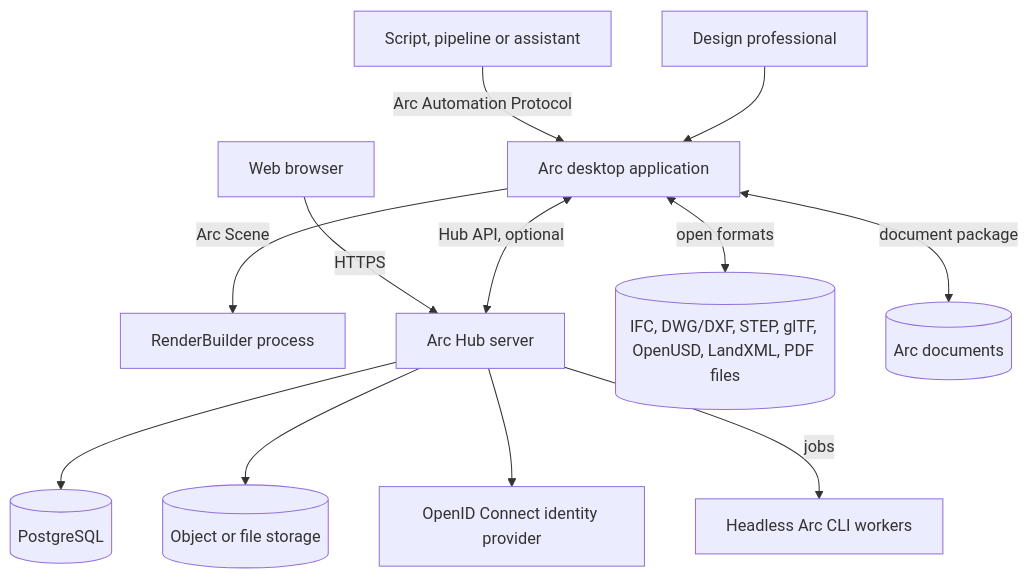
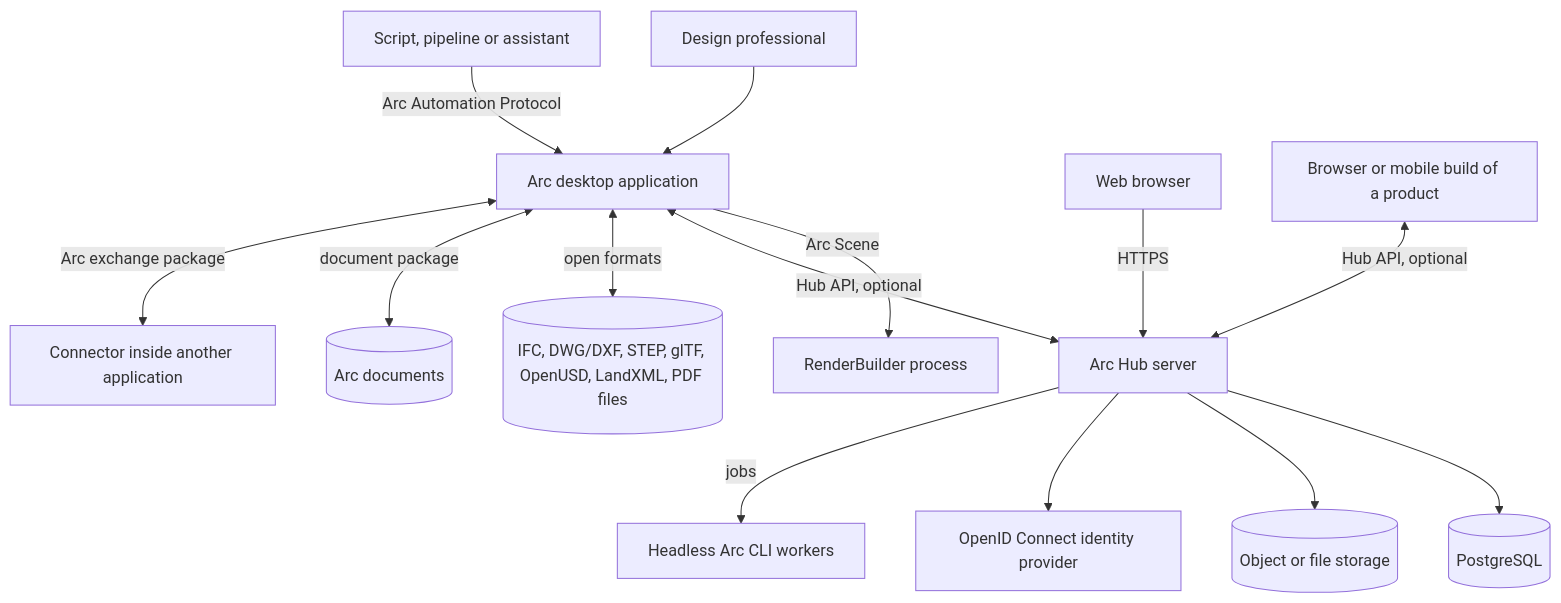
Before and after one commit to ACKaraca/arc-suite: the first of 4 diagrams in docs/architecture/overview.md, drawn with Mermaid. The commit also changed other lines of this file and 16 other files, not shown here.

First line of the commit message:
docs: extend scope with connectors, web and mobile targets and former non-goals (#12)

````diff
--- a/docs/architecture/overview.md
+++ b/docs/architecture/overview.md
@@ -9,14 +9,16 @@
 ```mermaid
 flowchart TB
     U[Design professional] --> APP[Arc desktop application]
     DEV[Script, pipeline or assistant] -->|Arc Automation Protocol| APP
     APP -->|Arc Scene| RB[RenderBuilder process]
     APP <-->|Hub API, optional| HUB[Arc Hub server]
     BROWSER[Web browser] -->|HTTPS| HUB
     HUB --> DB[(PostgreSQL)]
     HUB --> BLOB[(Object or file storage)]
     HUB --> IDP[OpenID Connect identity provider]
     HUB -->|jobs| CLI[Headless Arc CLI workers]
     APP <-->|open formats| FILES[(IFC, DWG/DXF, STEP, glTF, OpenUSD, LandXML, PDF files)]
     APP <-->|document package| DOCS[(Arc documents)]
+    APP <-->|Arc exchange package| CONN[Connector inside another application]
+    WEB[Browser or mobile build of a product] <-->|Hub API, optional| HUB
 ```
````
